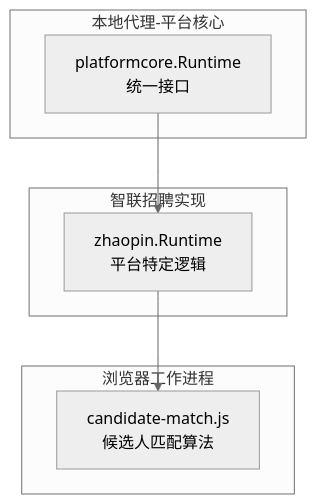
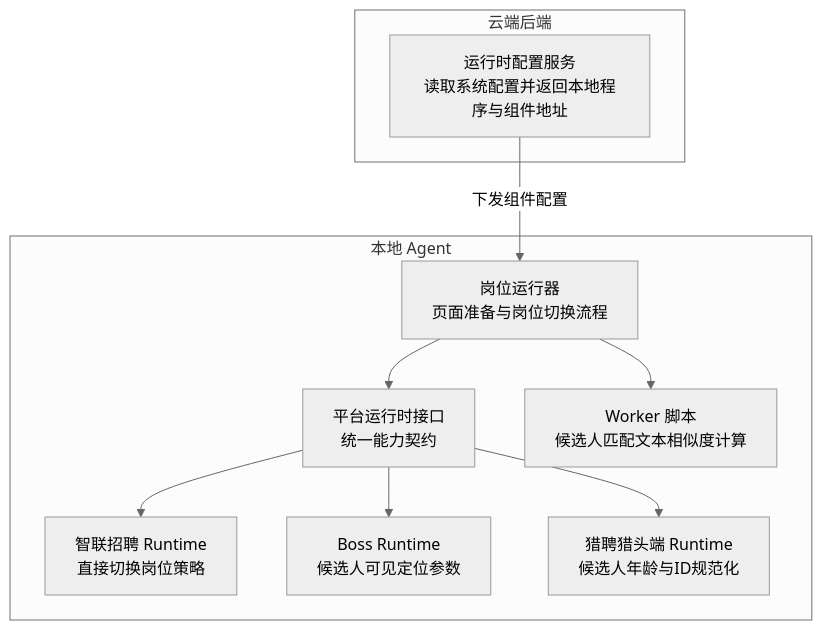
The first of 6 diagrams in .qoder/repowiki/zh/content/本地执行器/平台适配器/前程无忧适配器/运行时配置.md (alvinwangzi/goodhr), drawn with Mermaid (neutral theme) before and after one commit. The commit also changed other lines of this file and 149 other files, not shown here.

````diff
--- a/.qoder/repowiki/zh/content/本地执行器/平台适配器/前程无忧适配器/运行时配置.md
+++ b/.qoder/repowiki/zh/content/本地执行器/平台适配器/前程无忧适配器/运行时配置.md
@@ -31,14 +39,20 @@
 ```mermaid
 graph TB
-subgraph "本地代理-平台核心"
-PC["platformcore.Runtime<br/>统一接口"]
+subgraph "云端后端"
+RC["运行时配置服务<br/>读取系统配置并返回本地程序与组件地址"]
 end
-subgraph "智联招聘实现"
-ZR["zhaopin.Runtime<br/>平台特定逻辑"]
+subgraph "本地 Agent"
+PC["平台运行时接口<br/>统一能力契约"]
+ZP["智联招聘 Runtime<br/>直接切换岗位策略"]
+BR["Boss Runtime<br/>候选人可见定位参数"]
+HL["猎聘猎头端 Runtime<br/>候选人年龄与ID规范化"]
+PR["岗位运行器<br/>页面准备与岗位切换流程"]
+WM["Worker 脚本<br/>候选人匹配文本相似度计算"]
 end
-subgraph "浏览器工作进程"
-CM["candidate-match.js<br/>候选人匹配算法"]
-end
-PC --> ZR
-ZR --> CM
+RC --> |"下发组件配置"| PR
+PR --> PC
+PC --> ZP
+PC --> BR
+PC --> HL
+PR --> WM
 ```
````
